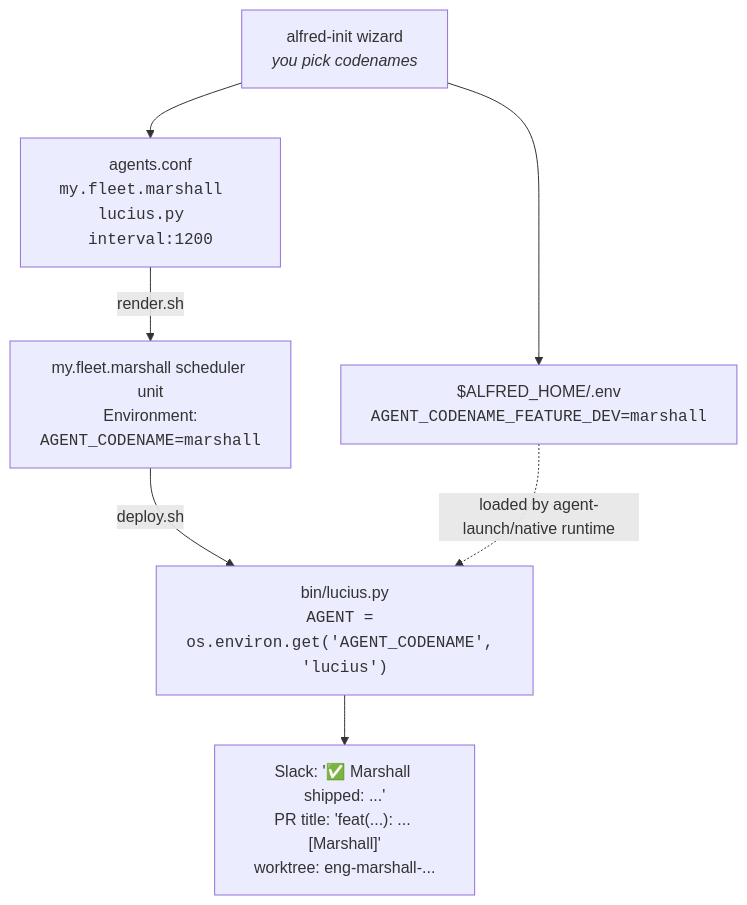
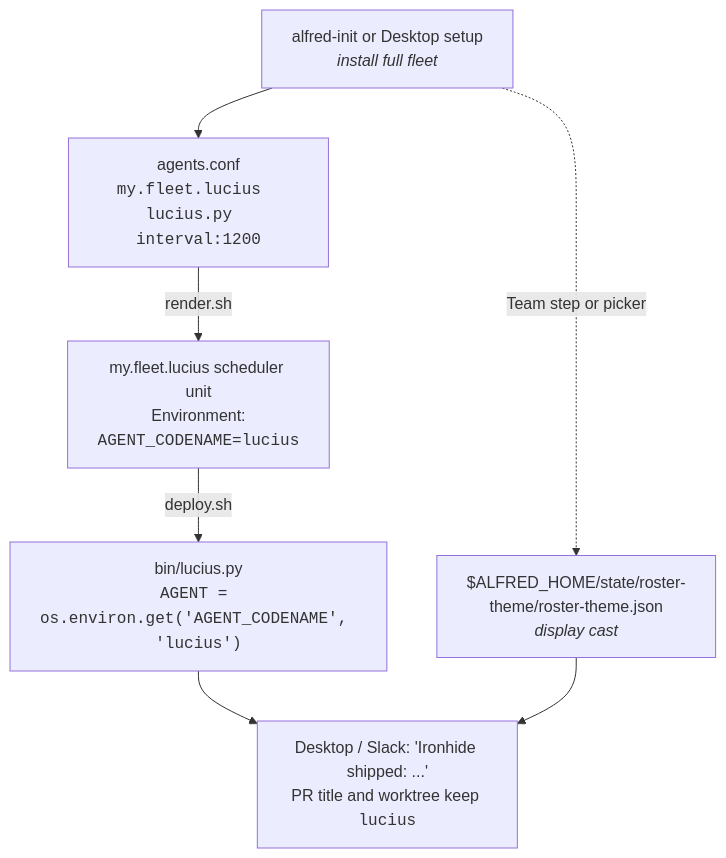
Before and after one commit to luminik-io/alfred-os: the second of 2 diagrams in docs/AGENTS.md, drawn with Mermaid. The commit also changed other lines of this file and 11 other files, not shown here.

First line of the commit message:
Support live agents in custom roster (#360)

````diff
--- a/docs/AGENTS.md
+++ b/docs/AGENTS.md
@@ -118,16 +117,16 @@
 ```mermaid
 flowchart TB
-    init["alfred-init wizard<br/><i>you pick codenames</i>"]
-    rc["$ALFRED_HOME/.env<br/><code>AGENT_CODENAME_FEATURE_DEV=marshall</code>"]
-    conf["agents.conf<br/><code>my.fleet.marshall  lucius.py  interval:1200</code>"]
-    unit["my.fleet.marshall scheduler unit<br/>Environment:<br/><code>AGENT_CODENAME=marshall</code>"]
+    init["alfred-init or Desktop setup<br/><i>install full fleet</i>"]
+    conf["agents.conf<br/><code>my.fleet.lucius  lucius.py  interval:1200</code>"]
+    unit["my.fleet.lucius scheduler unit<br/>Environment:<br/><code>AGENT_CODENAME=lucius</code>"]
     runner["bin/lucius.py<br/><code>AGENT = os.environ.get('AGENT_CODENAME', 'lucius')</code>"]
-    output["Slack: '✅ Marshall shipped: ...'<br/>PR title: 'feat(...): ... [Marshall]'<br/>worktree: eng-marshall-..."]
+    theme["$ALFRED_HOME/state/roster-theme/roster-theme.json<br/><i>display cast</i>"]
+    output["Desktop / Slack: 'Ironhide shipped: ...'<br/>PR title and worktree keep <code>lucius</code>"]
 
-    init --> rc
     init --> conf
     conf -- "render.sh" --> unit
     unit -- "deploy.sh" --> runner
-    rc -. "loaded by agent-launch/native runtime" .-> runner
+    init -. "Team step or picker" .-> theme
     runner --> output
+    theme --> output
 ```
````
